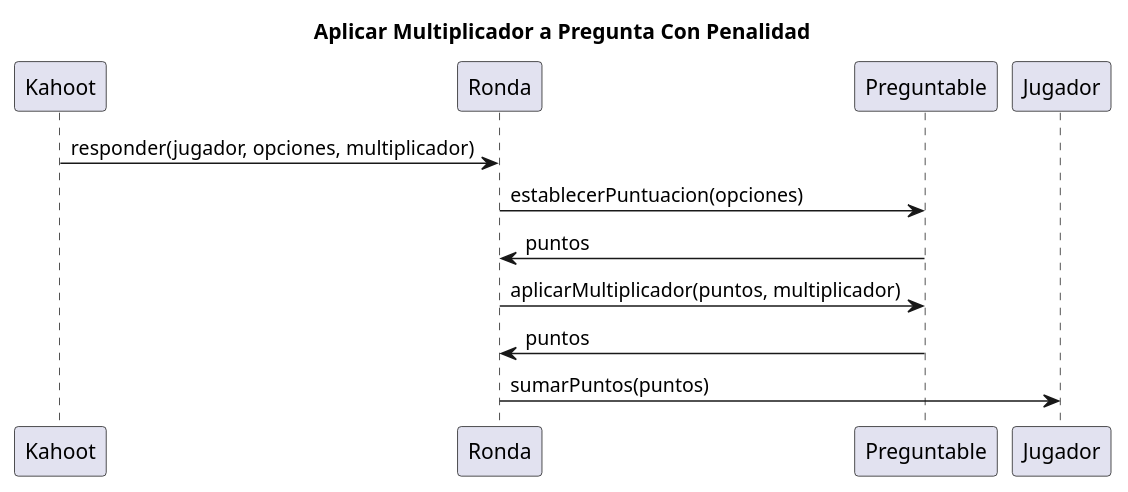
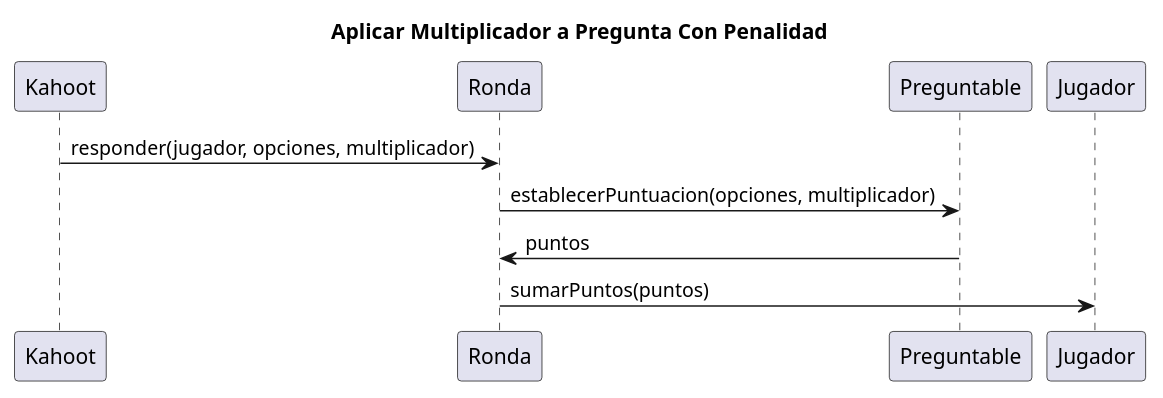
The diagram in doc/Diagramas/Diagramas_Secuencia/Multiplicador/aplicarMultiplicadorCorrectamente.plantuml (gylopezgiles/TP2), drawn with PlantUML before and after one commit. The commit also changed 15 other files, not shown here.

Commit message:
pequeño refactor: remuevo metodo aplicar multiplicador y lo llevo a establecerpuntuacion

```diff
--- a/doc/Diagramas/Diagramas_Secuencia/Multiplicador/aplicarMultiplicadorCorrectamente.plantuml
+++ b/doc/Diagramas/Diagramas_Secuencia/Multiplicador/aplicarMultiplicadorCorrectamente.plantuml
@@ -1,12 +1,10 @@
 @startuml
 
 title Aplicar Multiplicador a Pregunta Con Penalidad
 
 Kahoot -> Ronda: responder(jugador, opciones, multiplicador)
-Ronda -> Preguntable: establecerPuntuacion(opciones)
-Preguntable -> Ronda: puntos
-Ronda -> Preguntable: aplicarMultiplicador(puntos, multiplicador)
+Ronda -> Preguntable: establecerPuntuacion(opciones, multiplicador)
 Preguntable -> Ronda: puntos
 Ronda -> Jugador: sumarPuntos(puntos)
 
 @enduml
```
